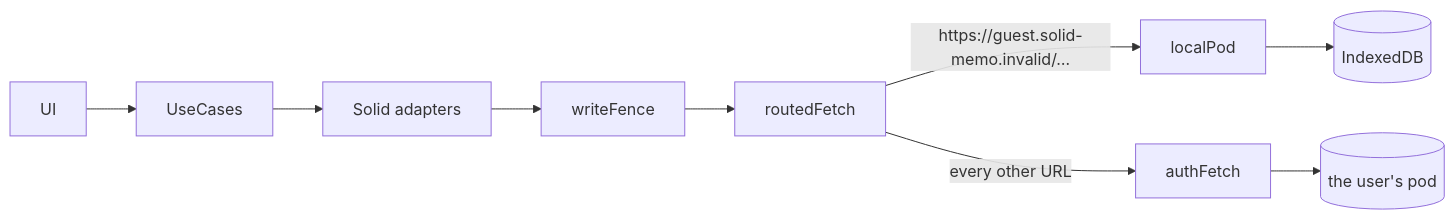
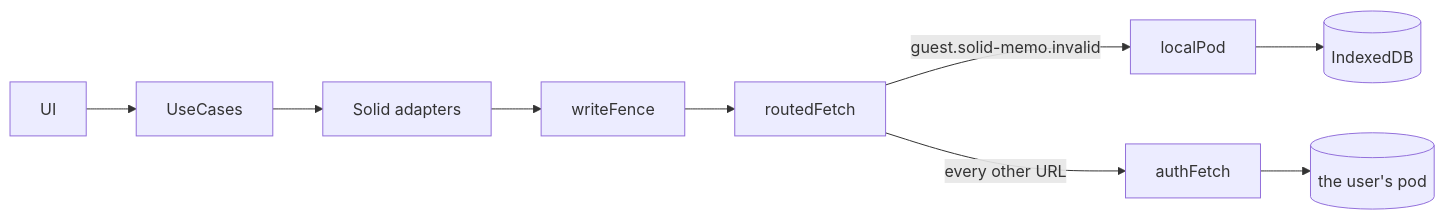
One commit to solid-memo/website changed the first of 2 diagrams in docs/guest-mode.md. Above: the diagram before and after it, drawn with Mermaid. The commit also changed 30 other files, not shown here.

````diff
--- a/docs/guest-mode.md
+++ b/docs/guest-mode.md
@@ -17,9 +17,9 @@
 ```mermaid
 graph LR
   accTitle: Routing a guest's requests
   accDescr: Requests to the guest pod's address go to the local pod in IndexedDB, and every other URL goes through the authenticated fetch.
   UI --> UseCases --> Adapters["Solid adapters"]
   Adapters --> Fence[writeFence] --> Router[routedFetch]
-  Router -- "https://guest.solid-memo.invalid/…" --> LocalPod[localPod] --> Store[(IndexedDB)]
+  Router -- "guest.solid-memo.invalid" --> LocalPod[localPod] --> Store[(IndexedDB)]
   Router -- every other URL --> authFetch --> Pod[(the user's pod)]
 ```
````
